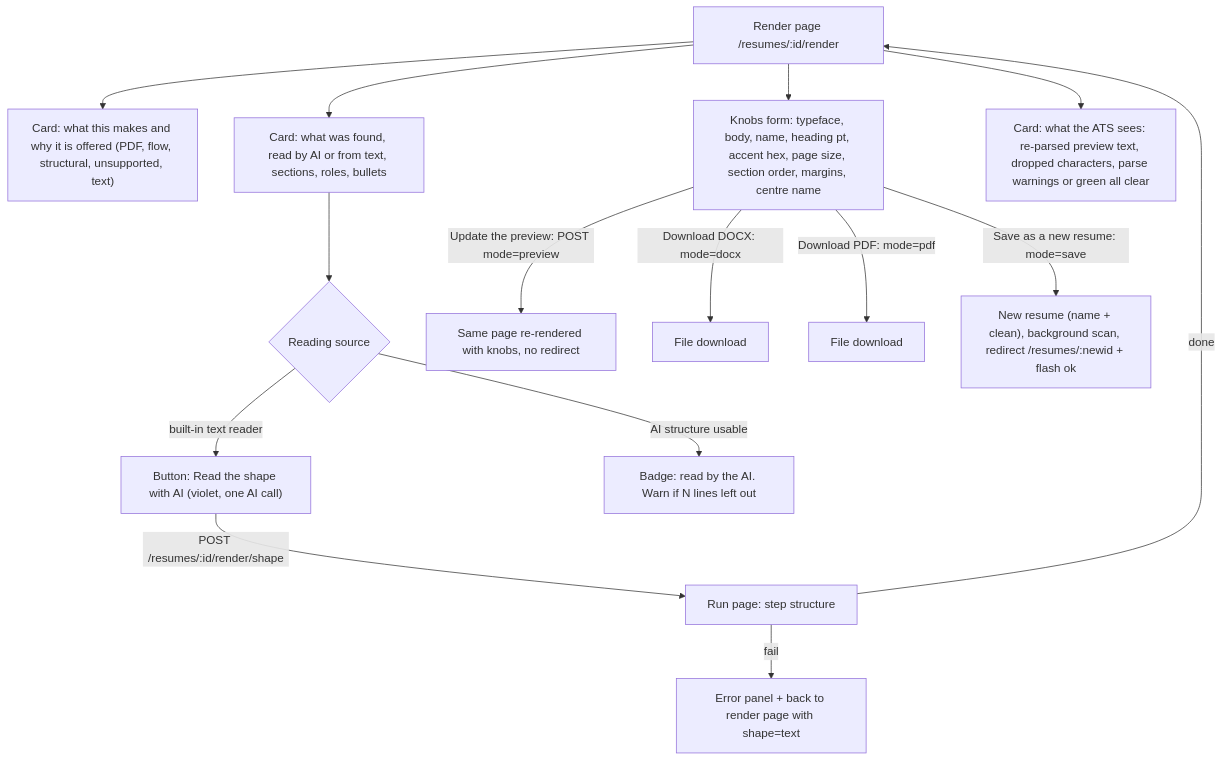
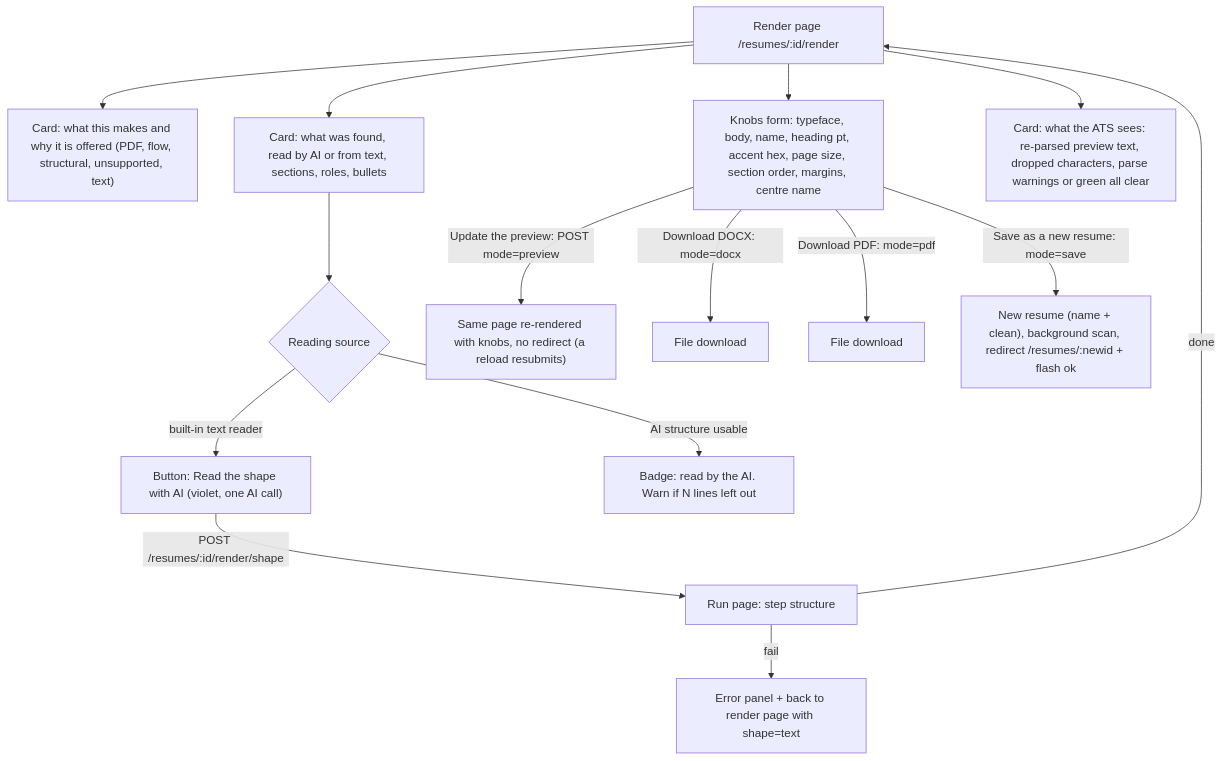
Diagram 16 of 25 in decomp/10b-ui-flows-resume-and-apply.md (robert-hernandez-cenk/applypack), drawn with Mermaid before and after one commit. The commit also changed other lines of this file and 1 other file, not shown here.

Commit message:
correct flow docs from source

````diff
--- a/decomp/10b-ui-flows-resume-and-apply.md
+++ b/decomp/10b-ui-flows-resume-and-apply.md
@@ -656,18 +657,18 @@
 ```mermaid
 flowchart TD
   RD["Render page /resumes/:id/render"]
   RD --> WHY["Card: what this makes and why it is offered (PDF, flow, structural, unsupported, text)"]
   RD --> FND["Card: what was found, read by AI or from text, sections, roles, bullets"]
   FND --> OR{"Reading source"}
   OR -- "built-in text reader" --> BTN["Button: Read the shape with AI (violet, one AI call)"]
   OR -- "AI structure usable" --> AIS["Badge: read by the AI. Warn if N lines left out"]
   BTN -->|"POST /resumes/:id/render/shape"| SR["Run page: step structure"]
   SR -->|"done"| RD
   SR -->|"fail"| SRE["Error panel + back to render page with shape=text"]
   RD --> KN["Knobs form: typeface, body, name, heading pt, accent hex, page size, section order, margins, centre name"]
-  KN -->|"Update the preview: POST mode=preview"| PV["Same page re-rendered with knobs, no redirect"]
+  KN -->|"Update the preview: POST mode=preview"| PV["Same page re-rendered with knobs, no redirect (a reload resubmits)"]
   KN -->|"Download DOCX: mode=docx"| DX["File download"]
   KN -->|"Download PDF: mode=pdf"| PF["File download"]
   KN -->|"Save as a new resume: mode=save"| SV["New resume (name + clean), background scan, redirect /resumes/:newid + flash ok"]
   RD --> ATS["Card: what the ATS sees: re-parsed preview text, dropped characters, parse warnings or green all clear"]
 ```
````
